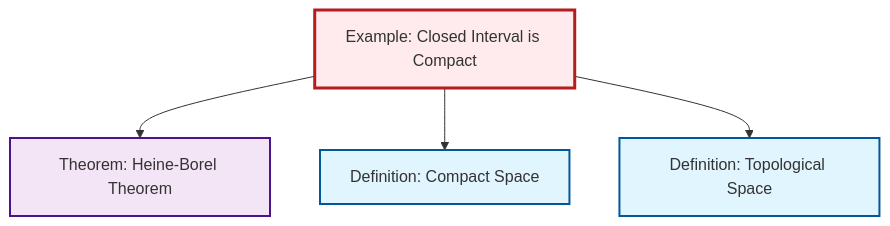
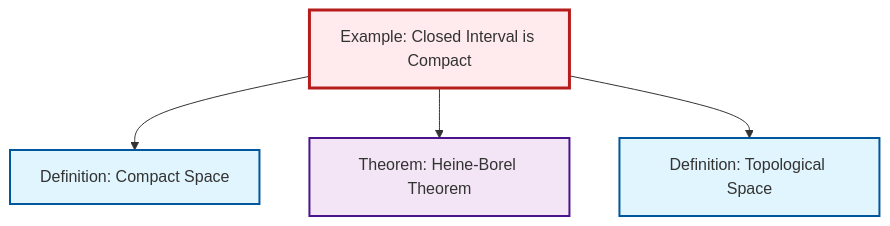
Before and after one commit to RK0429/ModernMath: the diagram in content/ja/topology/ex-closed-interval-compact.qmd, drawn with Mermaid. The commit also changed other lines of this file and 634 other files, not shown here.

````diff
--- a/content/ja/topology/ex-closed-interval-compact.qmd
+++ b/content/ja/topology/ex-closed-interval-compact.qmd
@@ -55,20 +55,20 @@
 ```{mermaid}
 %%| fig-cap: "Local dependency graph"
 graph TD
     classDef definition fill:#e1f5fe,stroke:#01579b,stroke-width:2px
     classDef theorem fill:#f3e5f5,stroke:#4a148c,stroke-width:2px
     classDef axiom fill:#fff3e0,stroke:#e65100,stroke-width:2px
     classDef example fill:#e8f5e9,stroke:#1b5e20,stroke-width:2px
     classDef current fill:#ffebee,stroke:#b71c1c,stroke-width:3px
-    ex-closed-interval-compact["Example: Closed Interval is Compact"]:::example
+    thm-heine-borel["Theorem: Heine-Borel Theorem"]:::theorem
     def-compact["Definition: Compact Space"]:::definition
     def-topological-space["Definition: Topological Space"]:::definition
-    thm-heine-borel["Theorem: Heine-Borel Theorem"]:::theorem
+    ex-closed-interval-compact["Example: Closed Interval is Compact"]:::example
+    ex-closed-interval-compact --> def-compact
     ex-closed-interval-compact --> thm-heine-borel
-    ex-closed-interval-compact --> def-compact
     ex-closed-interval-compact --> def-topological-space
     class ex-closed-interval-compact current
+    click thm-heine-borel "thm-heine-borel.html" "Theorem: Heine-Borel Theoremへ"
     click def-compact "def-compact.html" "Definition: Compact Spaceへ"
     click def-topological-space "def-topological-space.html" "Definition: Topological Spaceへ"
-    click thm-heine-borel "thm-heine-borel.html" "Theorem: Heine-Borel Theoremへ"
 ```
````
